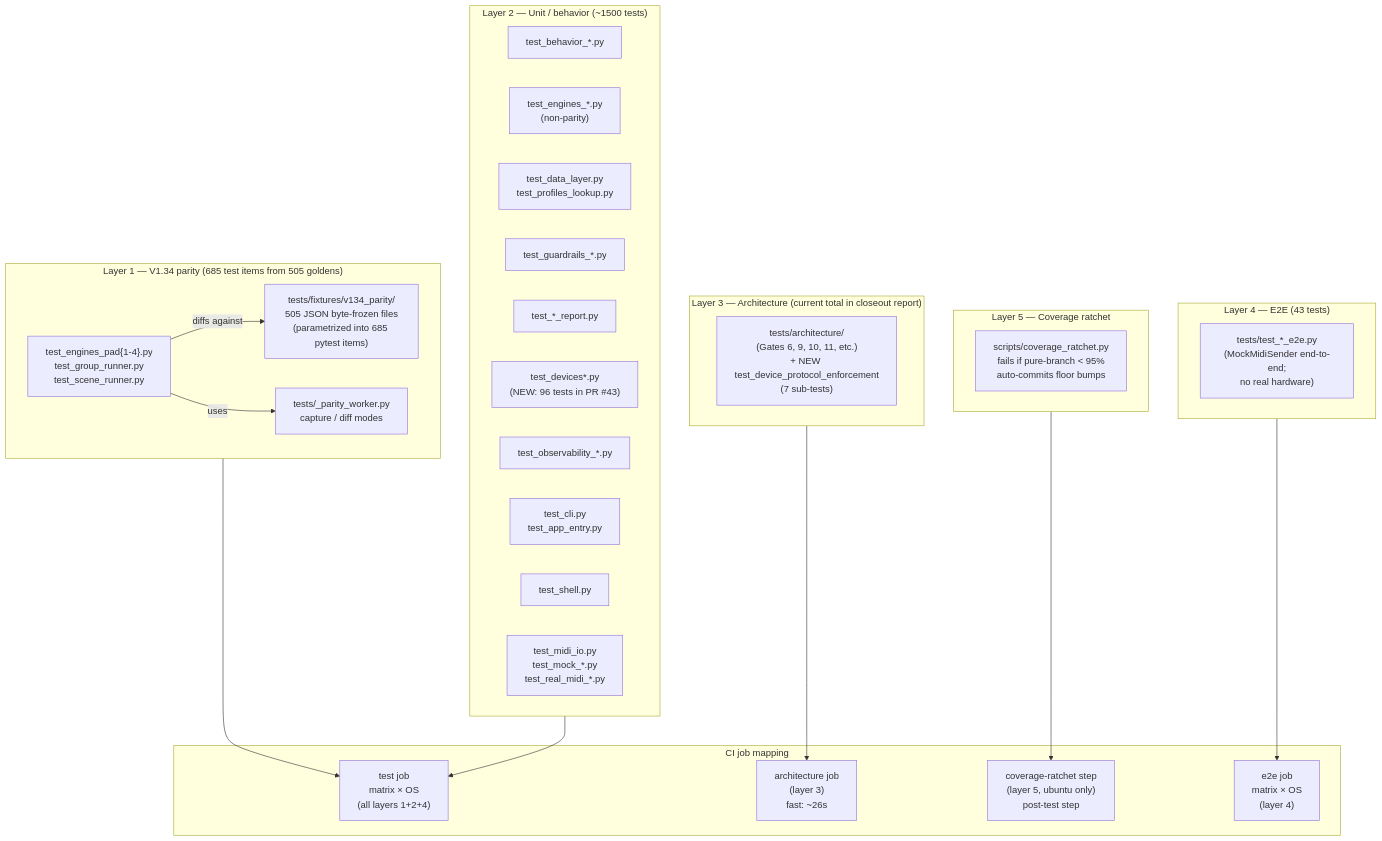
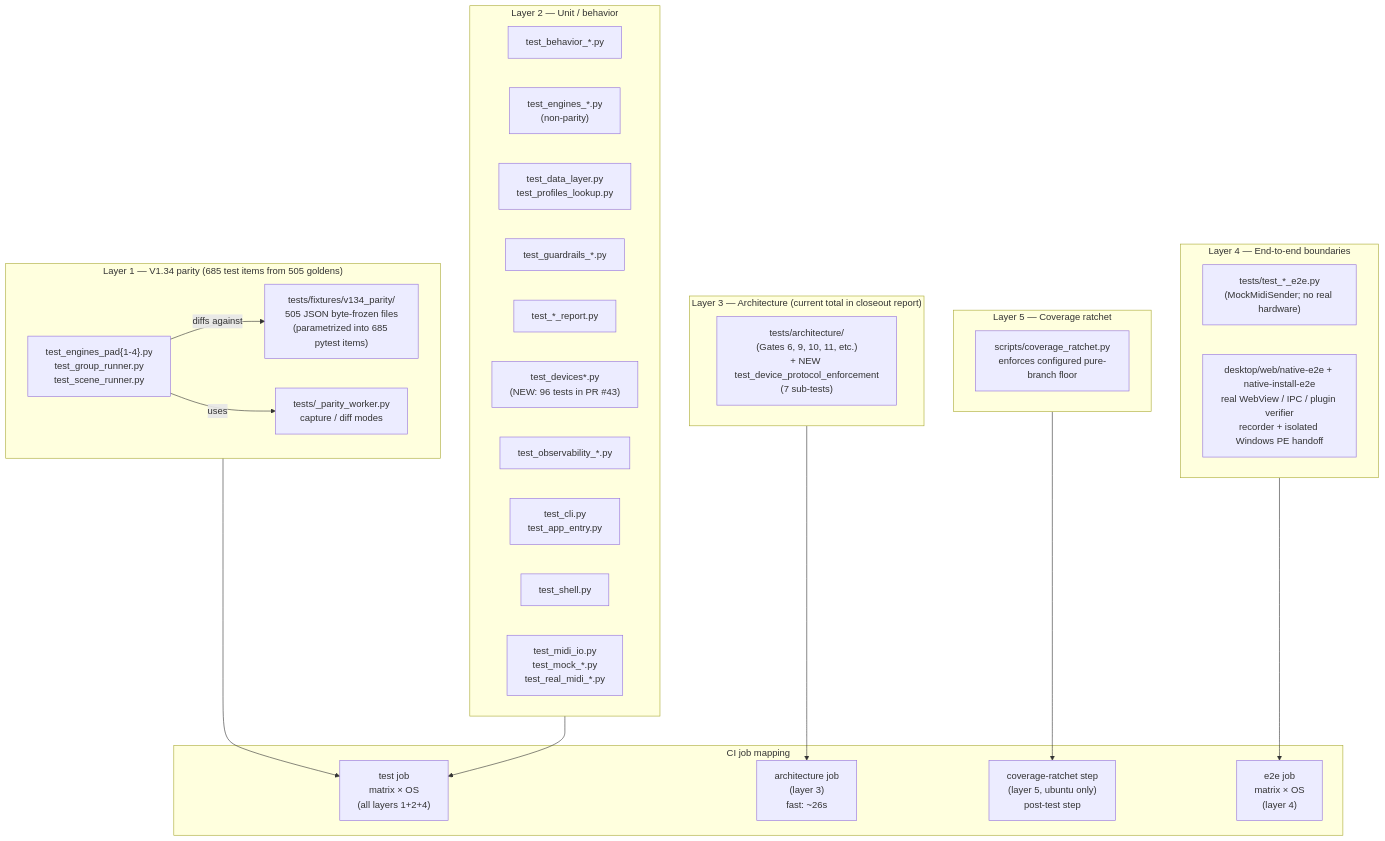
Diagram 13 of 37 in docs/ARCHITECTURE_DIAGRAMS.md (buzzijose-hub/RytmRandomizer), drawn with Mermaid before and after one commit. The commit also changed other lines of this file and 216 other files, not shown here.

````diff
--- a/docs/ARCHITECTURE_DIAGRAMS.md
+++ b/docs/ARCHITECTURE_DIAGRAMS.md
@@ -1122,49 +1143,50 @@
 ```mermaid
 flowchart TB
     subgraph Layer1["Layer 1 — V1.34 parity (685 test items from 505 goldens)"]
         Goldens["tests/fixtures/v134_parity/<br/>505 JSON byte-frozen files<br/>(parametrized into 685 pytest items)"]
         ParityTests["test_engines_pad{1-4}.py<br/>test_group_runner.py<br/>test_scene_runner.py"]
         ParityWorker["tests/_parity_worker.py<br/>capture / diff modes"]
     end
 
-    subgraph Layer2["Layer 2 — Unit / behavior (~1500 tests)"]
+    subgraph Layer2["Layer 2 — Unit / behavior"]
         BehaviorTests["test_behavior_*.py"]
         EngineUnits["test_engines_*.py<br/>(non-parity)"]
         DataTests["test_data_layer.py<br/>test_profiles_lookup.py"]
         GuardrailsTests["test_guardrails_*.py"]
         ReportsTests["test_*_report.py"]
         DeviceTests["test_devices*.py<br/>(NEW: 96 tests in PR #43)"]
         ObservabilityTests["test_observability_*.py"]
         CliTests["test_cli.py<br/>test_app_entry.py"]
         ShellTests["test_shell.py"]
         MidiTests["test_midi_io.py<br/>test_mock_*.py<br/>test_real_midi_*.py"]
     end
 
     subgraph Layer3["Layer 3 — Architecture (current total in closeout report)"]
         ArchTests["tests/architecture/<br/>(Gates 6, 9, 10, 11, etc.)<br/>+ NEW test_device_protocol_enforcement<br/>(7 sub-tests)"]
     end
 
-    subgraph Layer4["Layer 4 — E2E (43 tests)"]
-        E2ETests["tests/test_*_e2e.py<br/>(MockMidiSender end-to-end;<br/>no real hardware)"]
+    subgraph Layer4["Layer 4 — End-to-end boundaries"]
+        E2ETests["tests/test_*_e2e.py<br/>(MockMidiSender; no real hardware)"]
+        NativeE2E["desktop/web/native-e2e + native-install-e2e<br/>real WebView / IPC / plugin verifier<br/>recorder + isolated Windows PE handoff"]
     end
 
     subgraph Layer5["Layer 5 — Coverage ratchet"]
-        CovScript["scripts/coverage_ratchet.py<br/>fails if pure-branch < 95%<br/>auto-commits floor bumps"]
+        CovScript["scripts/coverage_ratchet.py<br/>enforces configured pure-branch floor"]
     end
 
     subgraph CIJobs["CI job mapping"]
         TestJob["test job<br/>matrix × OS<br/>(all layers 1+2+4)"]
         ArchJob["architecture job<br/>(layer 3)<br/>fast: ~26s"]
         CovJob["coverage-ratchet step<br/>(layer 5, ubuntu only)<br/>post-test step"]
         E2EJob["e2e job<br/>matrix × OS<br/>(layer 4)"]
     end
 
     Layer1 --> TestJob
     Layer2 --> TestJob
     Layer3 --> ArchJob
     Layer4 --> E2EJob
     Layer5 --> CovJob
 
     ParityTests -->|"diffs against"| Goldens
     ParityTests -->|"uses"| ParityWorker
 ```
````
